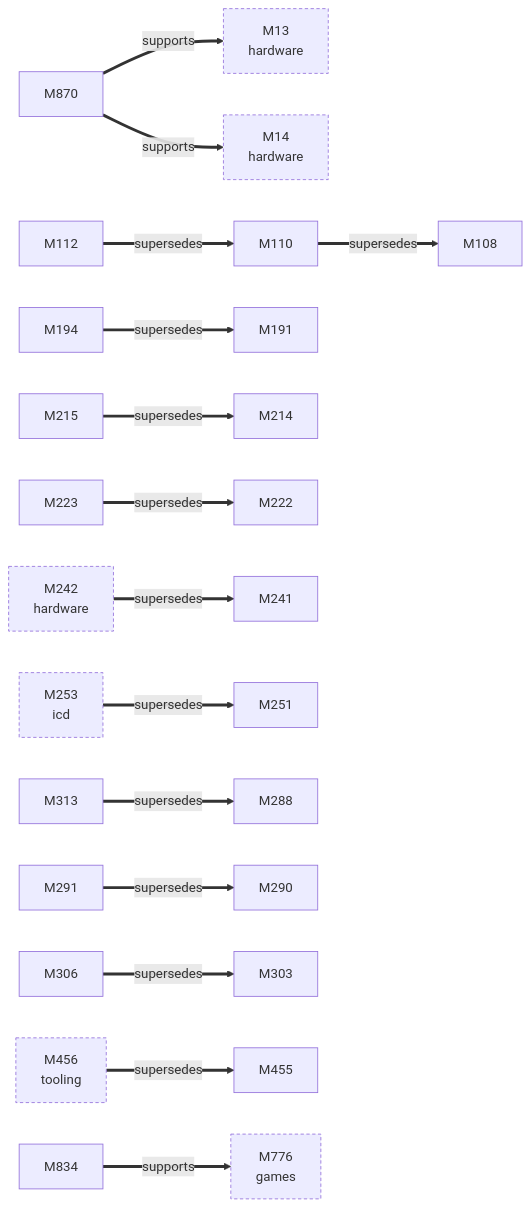
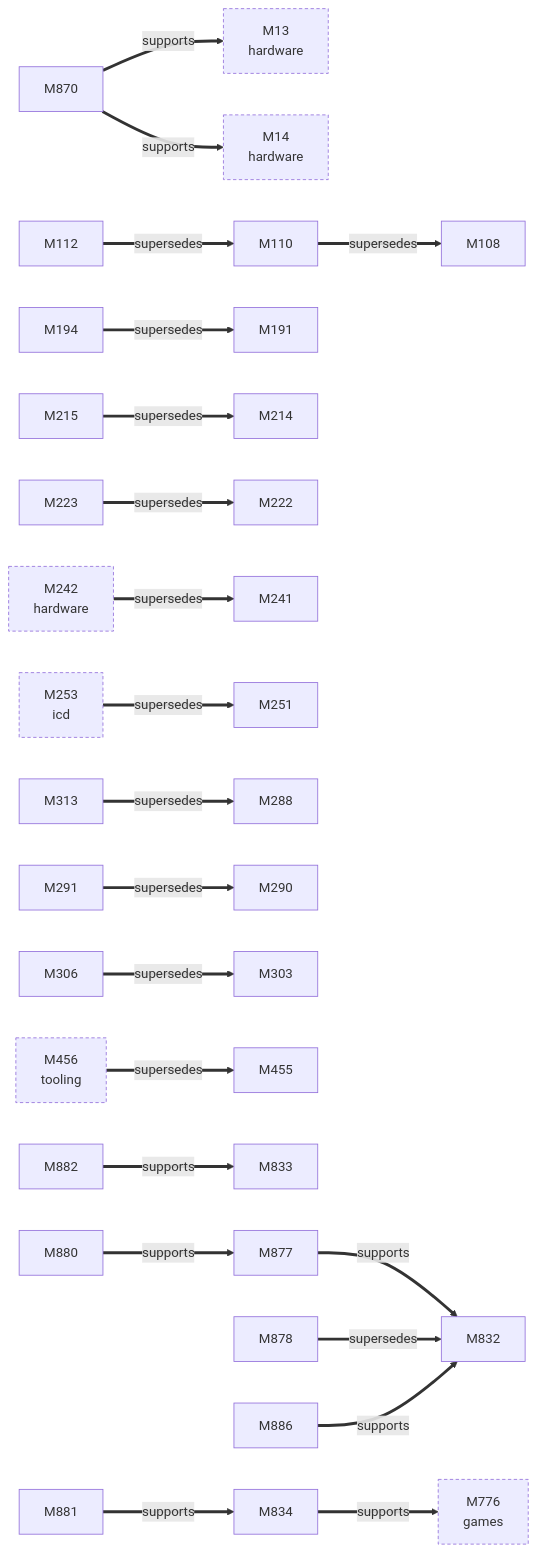
The first of 3 diagrams in docs/facts/graphs/kmd.md (D-Ogi/amdgpu-wddm), drawn with Mermaid before and after one commit. The commit also changed other lines of this file and 34 other files, not shown here.

````diff
--- a/docs/facts/graphs/kmd.md
+++ b/docs/facts/graphs/kmd.md
@@ -9,45 +9,59 @@
 ```mermaid
 flowchart LR
   M13["M13<br/>hardware"]
   M14["M14<br/>hardware"]
   M108["M108"]
   M110["M110"]
   M112["M112"]
   M191["M191"]
   M194["M194"]
   M214["M214"]
   M215["M215"]
   M222["M222"]
   M223["M223"]
   M241["M241"]
   M242["M242<br/>hardware"]
   M251["M251"]
   M253["M253<br/>icd"]
   M288["M288"]
   M290["M290"]
   M291["M291"]
   M303["M303"]
   M306["M306"]
   M313["M313"]
   M455["M455"]
   M456["M456<br/>tooling"]
   M776["M776<br/>games"]
+  M832["M832"]
+  M833["M833"]
   M834["M834"]
   M870["M870"]
+  M877["M877"]
+  M878["M878"]
+  M880["M880"]
+  M881["M881"]
+  M882["M882"]
+  M886["M886"]
   M242 ==>|supersedes| M241
   M110 ==>|supersedes| M108
   M112 ==>|supersedes| M110
   M194 ==>|supersedes| M191
   M215 ==>|supersedes| M214
   M223 ==>|supersedes| M222
   M291 ==>|supersedes| M290
   M306 ==>|supersedes| M303
   M313 ==>|supersedes| M288
   M834 ==>|supports| M776
   M870 ==>|supports| M13
   M870 ==>|supports| M14
+  M877 ==>|supports| M832
+  M878 ==>|supersedes| M832
+  M880 ==>|supports| M877
+  M881 ==>|supports| M834
+  M882 ==>|supports| M833
+  M886 ==>|supports| M832
   M253 ==>|supersedes| M251
   M456 ==>|supersedes| M455
   classDef other stroke-dasharray:4 3
   class M13,M14,M242,M253,M456,M776 other
 ```
````
